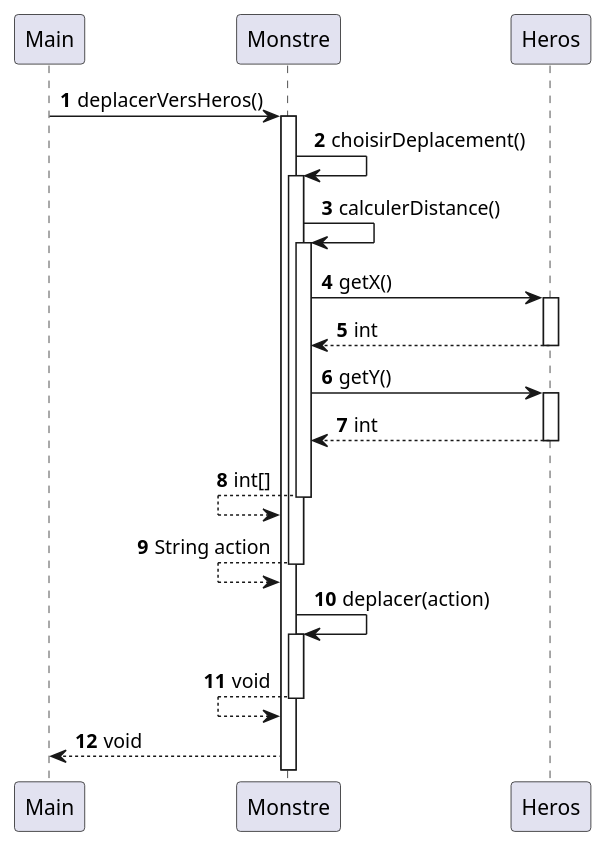
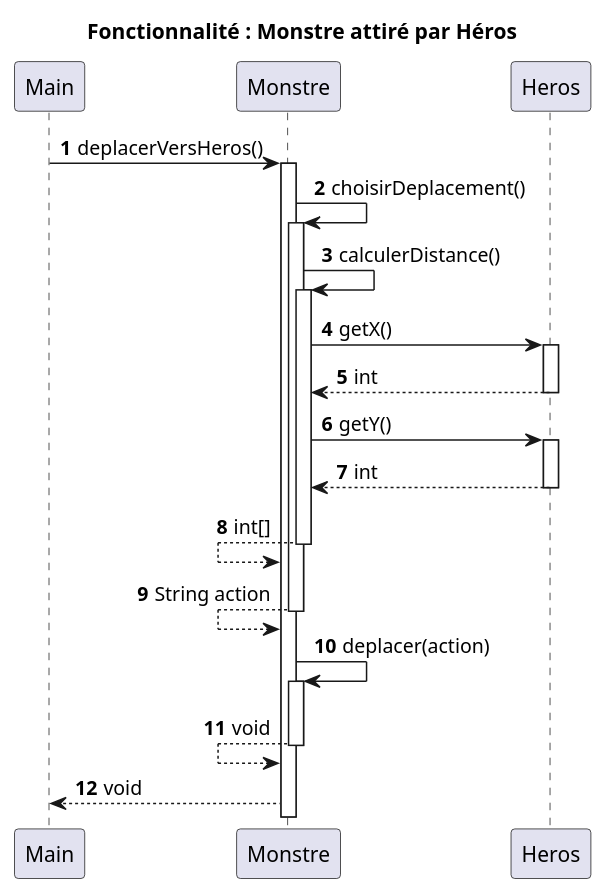
One commit to crochetremi/2025_Zeldiablo2_e20157u_e82008u_e89209u_e26078u changed the diagram in documents/version_3/DS_MonstresAttiresParHeros.puml. Above: the diagram before and after it, drawn with PlantUML. The commit also changed 6 other files, not shown here.

Commit message:
ajout des titres dans les diagrammes

```diff
--- a/documents/version_3/DS_MonstresAttiresParHeros.puml
+++ b/documents/version_3/DS_MonstresAttiresParHeros.puml
@@ -1,41 +1,41 @@
 @startuml
 'https://plantuml.com/sequence-diagram
-
+title Fonctionnalité : Monstre attiré par Héros
 autonumber
 
 Main -> Monstre : deplacerVersHeros()
 activate Monstre
 
 Monstre -> Monstre : choisirDeplacement()
 activate Monstre
 
 
 Monstre -> Monstre : calculerDistance()
 activate Monstre
 
 Monstre -> Heros : getX()
 activate Heros
 Monstre <-- Heros : int
 deactivate Heros
 
 Monstre -> Heros : getY()
 activate Heros
 Monstre <-- Heros : int
 deactivate Heros
 
 Monstre <-- Monstre: int[]
 deactivate Monstre
 Monstre <-- Monstre : String action
 
 deactivate Monstre
 
 Monstre -> Monstre: deplacer(action)
 activate Monstre
 Monstre <-- Monstre: void
 
 
 deactivate Monstre
 
 Main <-- Monstre : void
 
 @enduml
```
